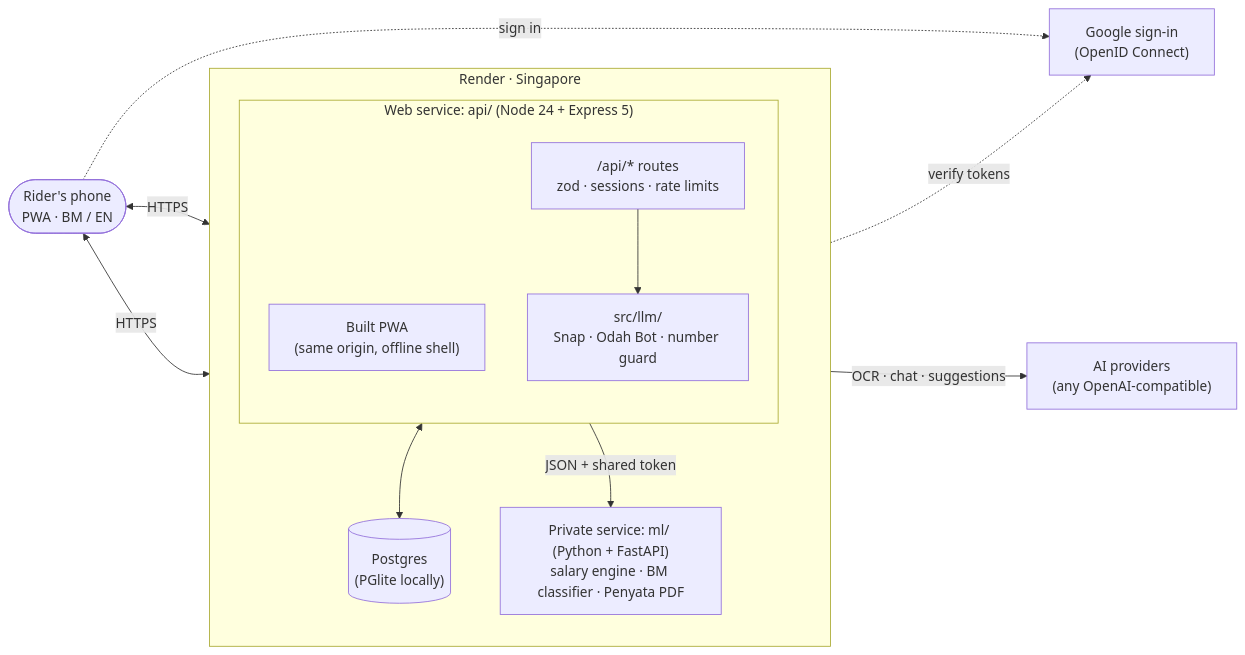
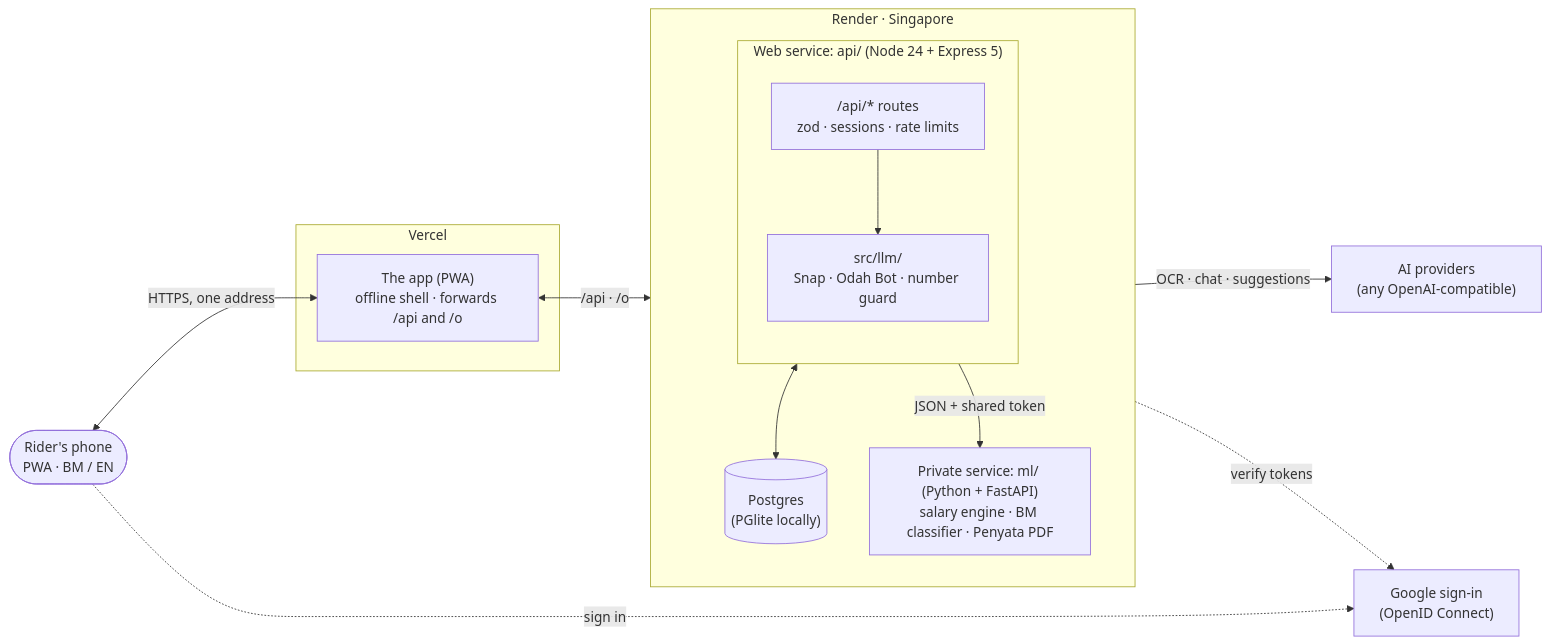
The first of 3 diagrams in README.md (No0bmazt3r/Coinvoy), drawn with Mermaid before and after one commit. The commit also changed other lines of this file and 10 other files, not shown here.

````diff
--- a/README.md
+++ b/README.md
@@ -255,28 +255,31 @@
 ```mermaid
 flowchart LR
   rider(["Rider's phone<br/>PWA · BM / EN"])
+
+  subgraph vercel["Vercel"]
+    pwa["The app (PWA)<br/>offline shell · forwards /api and /o"]
+  end
 
   subgraph render["Render · Singapore"]
     direction TB
     subgraph web["Web service: api/ (Node 24 + Express 5)"]
       direction TB
-      pwa["Built PWA<br/>(same origin, offline shell)"]
       routes["/api/* routes<br/>zod · sessions · rate limits"]
       llm["src/llm/<br/>Snap · Odah Bot · number guard"]
     end
     ml["Private service: ml/ (Python + FastAPI)<br/>salary engine · BM classifier · Penyata PDF"]
     db[("Postgres<br/>(PGlite locally)")]
   end
 
   google["Google sign-in<br/>(OpenID Connect)"]
   ai["AI providers<br/>(any OpenAI-compatible)"]
 
-  rider <-->|HTTPS| pwa
-  rider <-->|HTTPS| routes
+  rider <-->|HTTPS, one address| pwa
+  pwa <-->|/api · /o| routes
   routes <--> db
   routes -->|JSON + shared token| ml
   routes --> llm
   llm -->|OCR · chat · suggestions| ai
   rider -.->|sign in| google
   routes -.->|verify tokens| google
 ```
````
